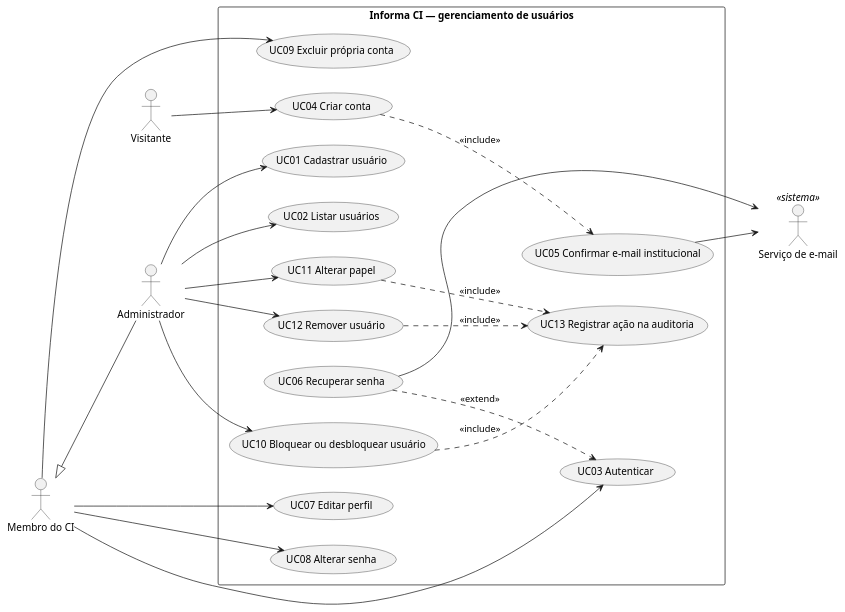
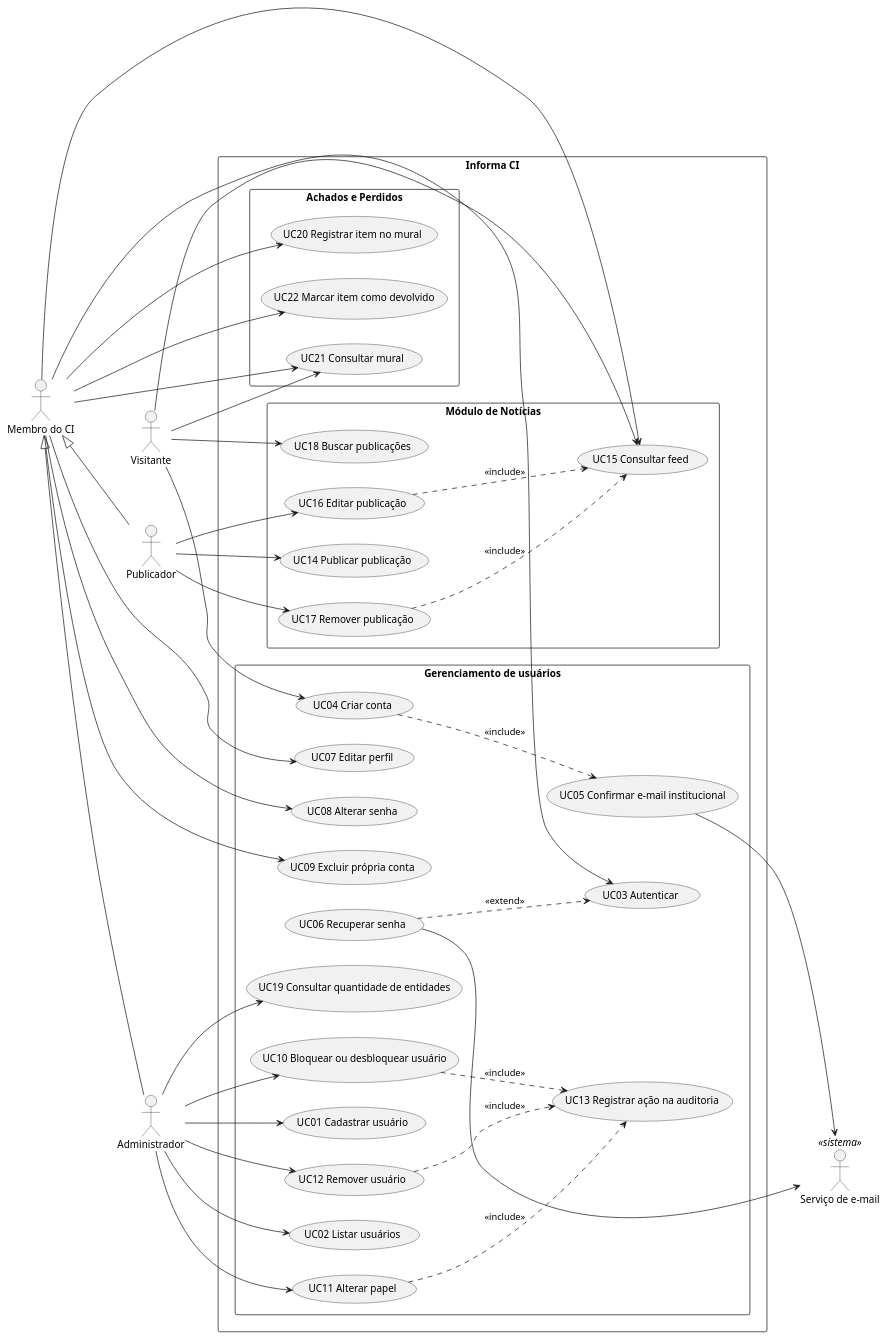
The diagram in docs/04-casos-de-uso/casos-de-uso.puml (rodrigomfortes/informa-ci-mps), drawn with PlantUML before and after one commit. The commit also changed 7 other files, not shown here.

First line of the commit message:
docs(casos-de-uso): completar diagramas e detalhar UC01, UC14 e UC16

```diff
--- a/docs/04-casos-de-uso/casos-de-uso.puml
+++ b/docs/04-casos-de-uso/casos-de-uso.puml
@@ -1,46 +1,76 @@
 @startuml casos-de-uso
 left to right direction
 skinparam packageStyle rectangle
 
 actor Visitante
 actor "Membro do CI" as Membro
+actor Publicador
 actor Administrador
 actor "Serviço de e-mail" as Email <<sistema>>
 
+Membro <|-- Publicador
 Membro <|-- Administrador
 
-rectangle "Informa CI — gerenciamento de usuários" {
-  usecase "UC01 Cadastrar usuário" as UC01
-  usecase "UC02 Listar usuários" as UC02
-  usecase "UC03 Autenticar" as UC03
-  usecase "UC04 Criar conta" as UC04
-  usecase "UC05 Confirmar e-mail institucional" as UC05
-  usecase "UC06 Recuperar senha" as UC06
-  usecase "UC07 Editar perfil" as UC07
-  usecase "UC08 Alterar senha" as UC08
-  usecase "UC09 Excluir própria conta" as UC09
-  usecase "UC10 Bloquear ou desbloquear usuário" as UC10
-  usecase "UC11 Alterar papel" as UC11
-  usecase "UC12 Remover usuário" as UC12
-  usecase "UC13 Registrar ação na auditoria" as UC13
+rectangle "Informa CI" {
+  package "Gerenciamento de usuários" {
+    usecase "UC01 Cadastrar usuário" as UC01
+    usecase "UC02 Listar usuários" as UC02
+    usecase "UC03 Autenticar" as UC03
+    usecase "UC04 Criar conta" as UC04
+    usecase "UC05 Confirmar e-mail institucional" as UC05
+    usecase "UC06 Recuperar senha" as UC06
+    usecase "UC07 Editar perfil" as UC07
+    usecase "UC08 Alterar senha" as UC08
+    usecase "UC09 Excluir própria conta" as UC09
+    usecase "UC10 Bloquear ou desbloquear usuário" as UC10
+    usecase "UC11 Alterar papel" as UC11
+    usecase "UC12 Remover usuário" as UC12
+    usecase "UC13 Registrar ação na auditoria" as UC13
+    usecase "UC19 Consultar quantidade de entidades" as UC19
+  }
+  package "Módulo de Notícias" {
+    usecase "UC14 Publicar publicação" as UC14
+    usecase "UC15 Consultar feed" as UC15
+    usecase "UC16 Editar publicação" as UC16
+    usecase "UC17 Remover publicação" as UC17
+    usecase "UC18 Buscar publicações" as UC18
+  }
+  package "Achados e Perdidos" {
+    usecase "UC20 Registrar item no mural" as UC20
+    usecase "UC21 Consultar mural" as UC21
+    usecase "UC22 Marcar item como devolvido" as UC22
+  }
 }
 
 Visitante --> UC04
+Visitante --> UC15
+Visitante --> UC18
+Visitante --> UC21
 Membro --> UC03
 Membro --> UC07
 Membro --> UC08
 Membro --> UC09
+Membro --> UC15
+Membro --> UC20
+Membro --> UC21
+Membro --> UC22
+Publicador --> UC14
+Publicador --> UC16
+Publicador --> UC17
 Administrador --> UC01
 Administrador --> UC02
 Administrador --> UC10
 Administrador --> UC11
 Administrador --> UC12
+Administrador --> UC19
 
 UC04 ..> UC05 : <<include>>
 UC06 ..> UC03 : <<extend>>
 UC10 ..> UC13 : <<include>>
 UC11 ..> UC13 : <<include>>
 UC12 ..> UC13 : <<include>>
+UC16 ..> UC15 : <<include>>
+UC17 ..> UC15 : <<include>>
 UC05 --> Email
 UC06 --> Email
 @enduml
```
